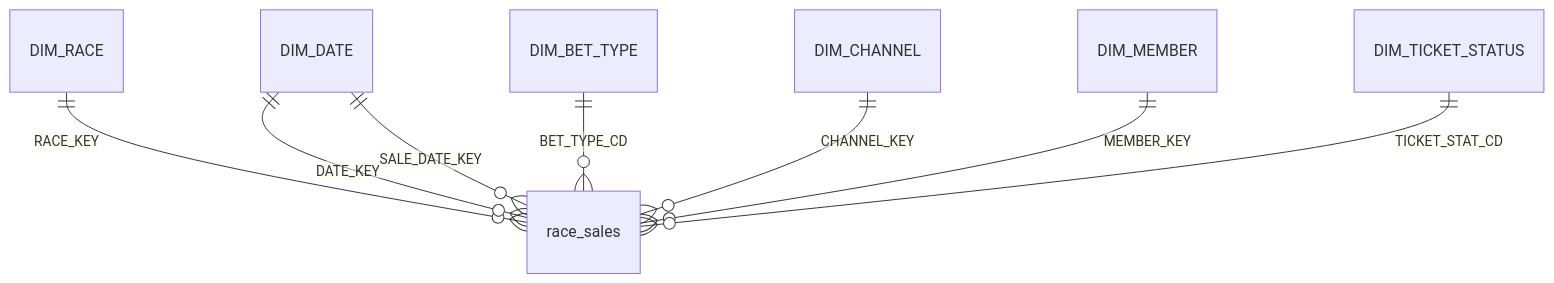
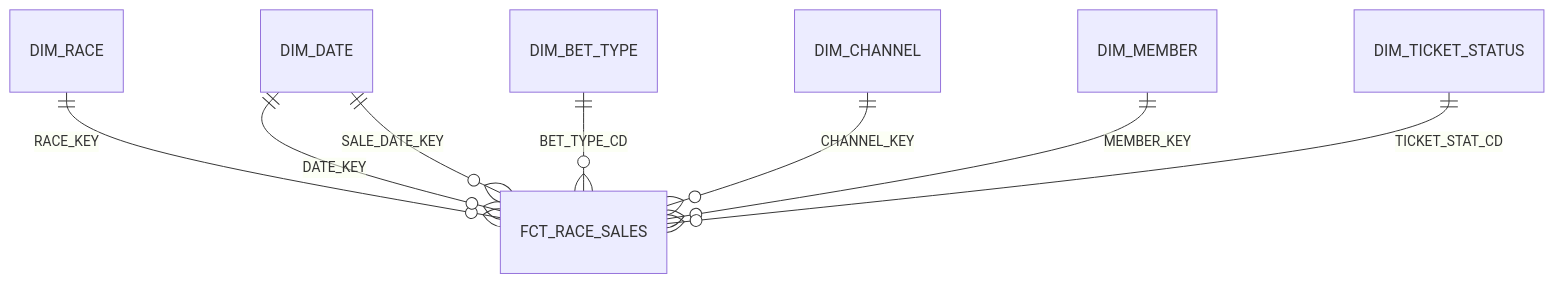
One commit to encore-ai-campus/mlo-03-p2-team3 changed the diagram in docs/gold/race_sales.md. Above: the diagram before and after it, drawn with Mermaid. The commit also changed other lines of this file and 8 other files, not shown here.

Commit message:
refactor: rename sales fact to FCT_RACE_SALES

````diff
--- a/docs/gold/race_sales.md
+++ b/docs/gold/race_sales.md
@@ -49,10 +49,10 @@
 ```mermaid
 erDiagram
-    DIM_RACE ||--o{ race_sales : RACE_KEY
-    DIM_DATE ||--o{ race_sales : DATE_KEY
-    DIM_DATE ||--o{ race_sales : SALE_DATE_KEY
-    DIM_BET_TYPE ||--o{ race_sales : BET_TYPE_CD
-    DIM_CHANNEL ||--o{ race_sales : CHANNEL_KEY
-    DIM_MEMBER ||--o{ race_sales : MEMBER_KEY
-    DIM_TICKET_STATUS ||--o{ race_sales : TICKET_STAT_CD
+    DIM_RACE ||--o{ FCT_RACE_SALES : RACE_KEY
+    DIM_DATE ||--o{ FCT_RACE_SALES : DATE_KEY
+    DIM_DATE ||--o{ FCT_RACE_SALES : SALE_DATE_KEY
+    DIM_BET_TYPE ||--o{ FCT_RACE_SALES : BET_TYPE_CD
+    DIM_CHANNEL ||--o{ FCT_RACE_SALES : CHANNEL_KEY
+    DIM_MEMBER ||--o{ FCT_RACE_SALES : MEMBER_KEY
+    DIM_TICKET_STATUS ||--o{ FCT_RACE_SALES : TICKET_STAT_CD
 ```
````
